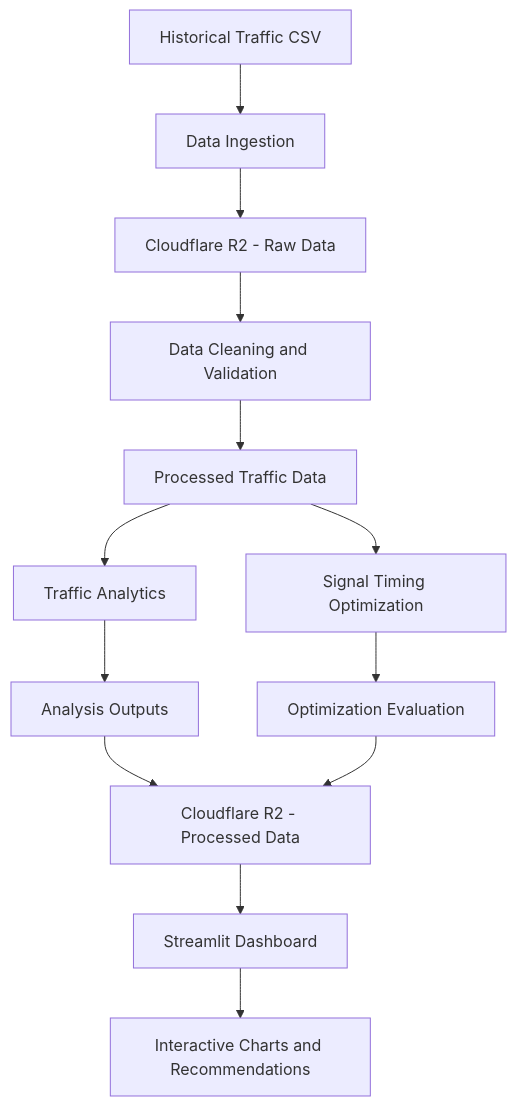
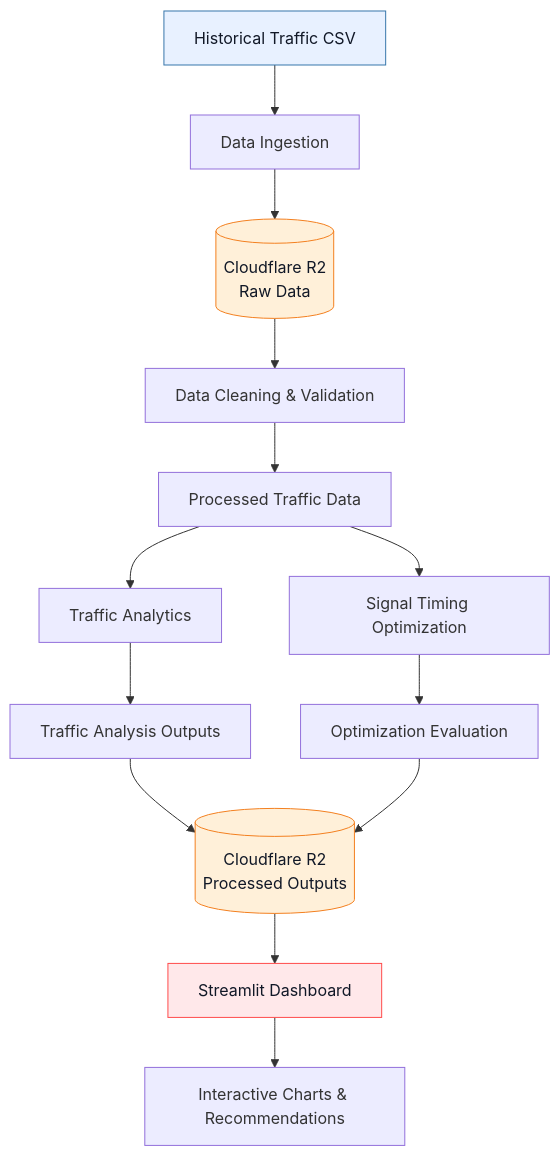
One commit to kashvishetty2410/smart-traffic-optimization changed the diagram in README.md. Above: the diagram before and after it, drawn with Mermaid.

Commit message:
Revise system architecture diagram in README
Updated the system architecture diagram in README.md with improved labeling and formatting.

````diff
--- a/README.md
+++ b/README.md
@@ -48,15 +48,22 @@
 ```mermaid
+
 flowchart TD
-    A[Historical Traffic CSV] --> B[Data Ingestion]
-    B --> C[Cloudflare R2 - Raw Data]
-    C --> D[Data Cleaning and Validation]
-    D --> E[Processed Traffic Data]
-    E --> F[Traffic Analytics]
-    E --> G[Signal Timing Optimization]
-    F --> H[Analysis Outputs]
-    G --> I[Optimization Evaluation]
-    H --> J[Cloudflare R2 - Processed Data]
+    A["Historical Traffic CSV"] --> B["Data Ingestion"]
+    B --> C[("Cloudflare R2<br/>Raw Data")]
+    C --> D["Data Cleaning & Validation"]
+    D --> E["Processed Traffic Data"]
+    E --> F["Traffic Analytics"]
+    E --> G["Signal Timing Optimization"]
+    F --> H["Traffic Analysis Outputs"]
+    G --> I["Optimization Evaluation"]
+    H --> J[("Cloudflare R2<br/>Processed Outputs")]
     I --> J
-    J --> K[Streamlit Dashboard]
-    K --> L[Interactive Charts and Recommendations]
+    J --> K["Streamlit Dashboard"]
+    K --> L["Interactive Charts & Recommendations"]
+
+    style A fill:#E8F1FF,stroke:#3776AB,color:#111827
+    style C fill:#FFF0D9,stroke:#F38020,color:#111827
+    style J fill:#FFF0D9,stroke:#F38020,color:#111827
+    style K fill:#FFE8EA,stroke:#FF4B4B,color:#111827
+
 ```
````
